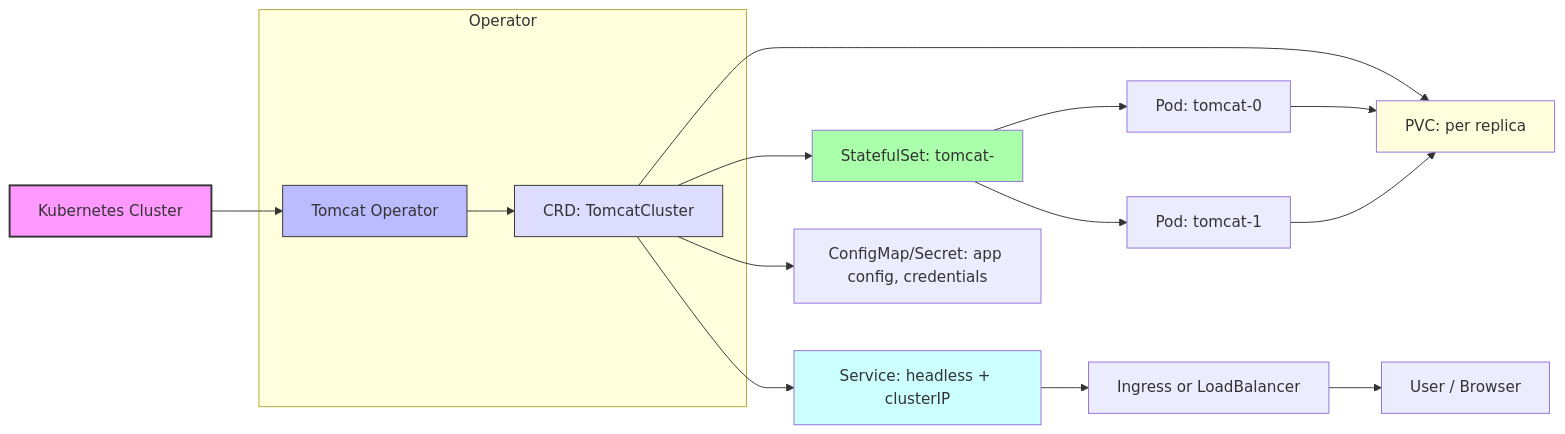
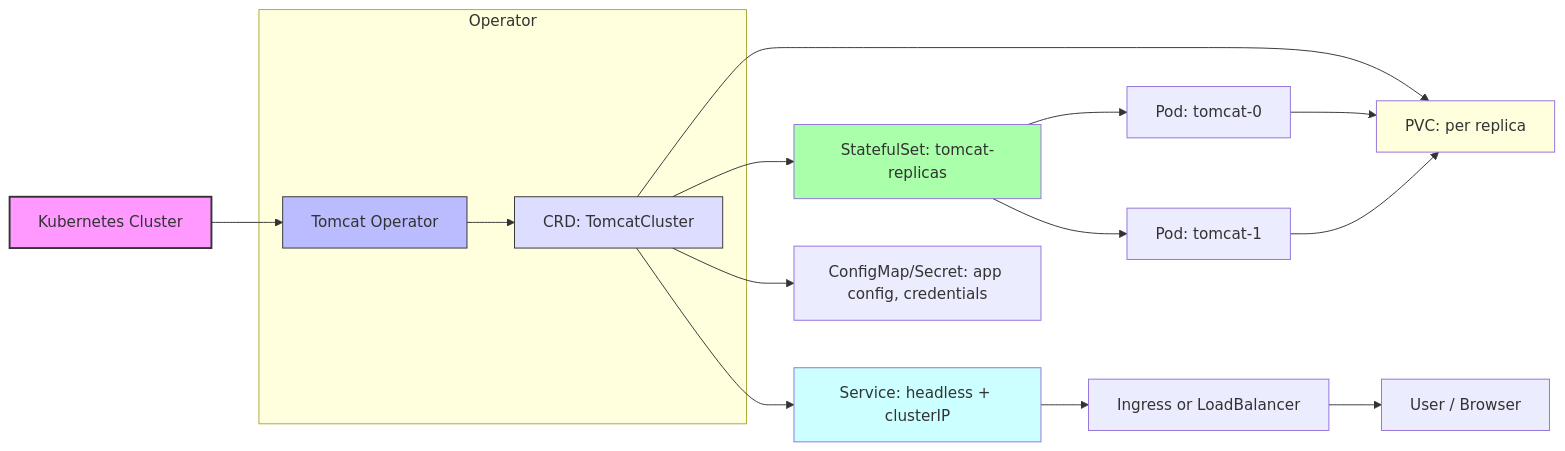
One commit to bee-infraverse/tomcat-cluster-lab changed the fourth of 4 diagrams in presentation/K8s-meets-Tomcat-Cluster-PeterRossbach-JAX2025-05.md. Above: the diagram before and after it, drawn with Mermaid. The commit also changed other lines of this file and 2 other files, not shown here.

```diff
--- a/presentation/K8s-meets-Tomcat-Cluster-PeterRossbach-JAX2025-05.md
+++ b/presentation/K8s-meets-Tomcat-Cluster-PeterRossbach-JAX2025-05.md
@@ -415,32 +404,26 @@
 <div class="mermaid">
 graph LR
   A[Kubernetes Cluster]
-
   subgraph Operator
     B[Tomcat Operator]
     B1[CRD: TomcatCluster]
   end
-
   A --> B
   B --> B1
-  B1 --> C[StatefulSet: tomcat-<replicas>]
+  B1 --> C[StatefulSet: tomcat-replicas]
   B1 --> D[Service: headless + clusterIP]
   B1 --> E[ConfigMap/Secret: app config, credentials]
   B1 --> F[PVC: per replica]
-
   C --> G[Pod: tomcat-0]
   C --> H[Pod: tomcat-1]
-
   G --> F
   H --> F
-
   D --> I[Ingress or LoadBalancer]
   I --> User[User / Browser]
-
   style A fill:#f9f,stroke:#333,stroke-width:2px
   style B fill:#bbf,stroke:#333
   style B1 fill:#ddf,stroke:#333
   style C fill:#afa
   style D fill:#cff
   style F fill:#ffd
 </div>
```
